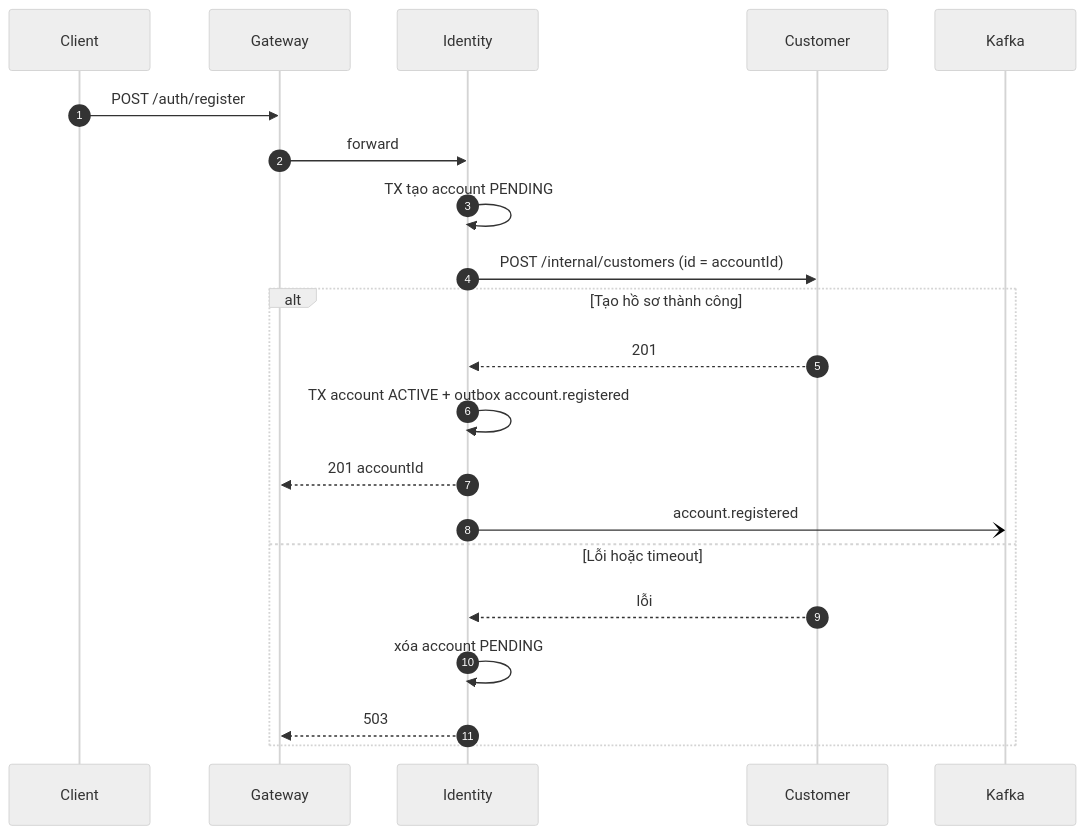
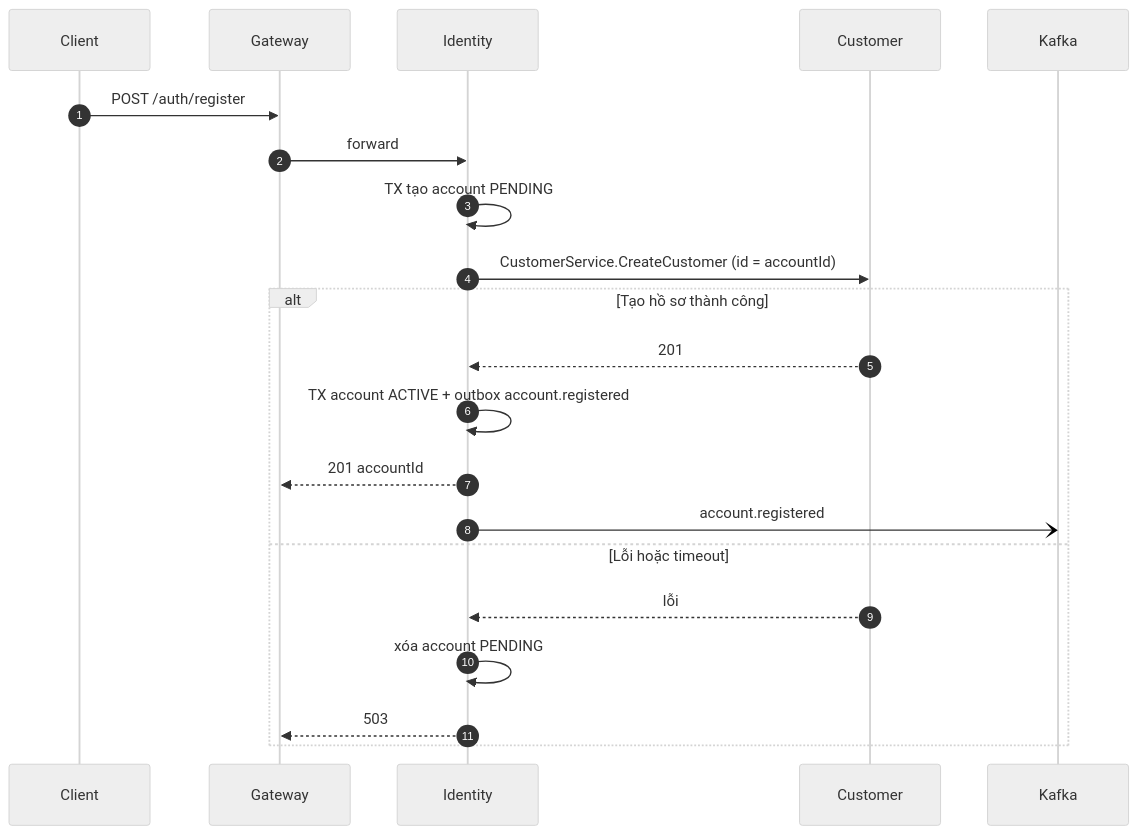
Before and after one commit to vthaix/23674231_TranVanThai_Cabsystem: the second of 12 diagrams in microservice_design.md, drawn with Mermaid (neutral theme). The commit also changed other lines of this file and 65 other files, not shown here.

````diff
--- a/microservice_design.md
+++ b/microservice_design.md
@@ -564,23 +563,23 @@
 ```mermaid
 sequenceDiagram
     autonumber
     participant C as Client
     participant GW as Gateway
     participant ID as Identity
     participant CU as Customer
     participant KF as Kafka
     C->>GW: POST /auth/register
     GW->>ID: forward
     ID->>ID: TX tạo account PENDING
-    ID->>CU: POST /internal/customers (id = accountId)
+    ID->>CU: CustomerService.CreateCustomer (id = accountId)
     alt Tạo hồ sơ thành công
         CU-->>ID: 201
         ID->>ID: TX account ACTIVE + outbox account.registered
         ID-->>GW: 201 accountId
         ID-)KF: account.registered
     else Lỗi hoặc timeout
         CU-->>ID: lỗi
         ID->>ID: xóa account PENDING
         ID-->>GW: 503
     end
 ```
````
